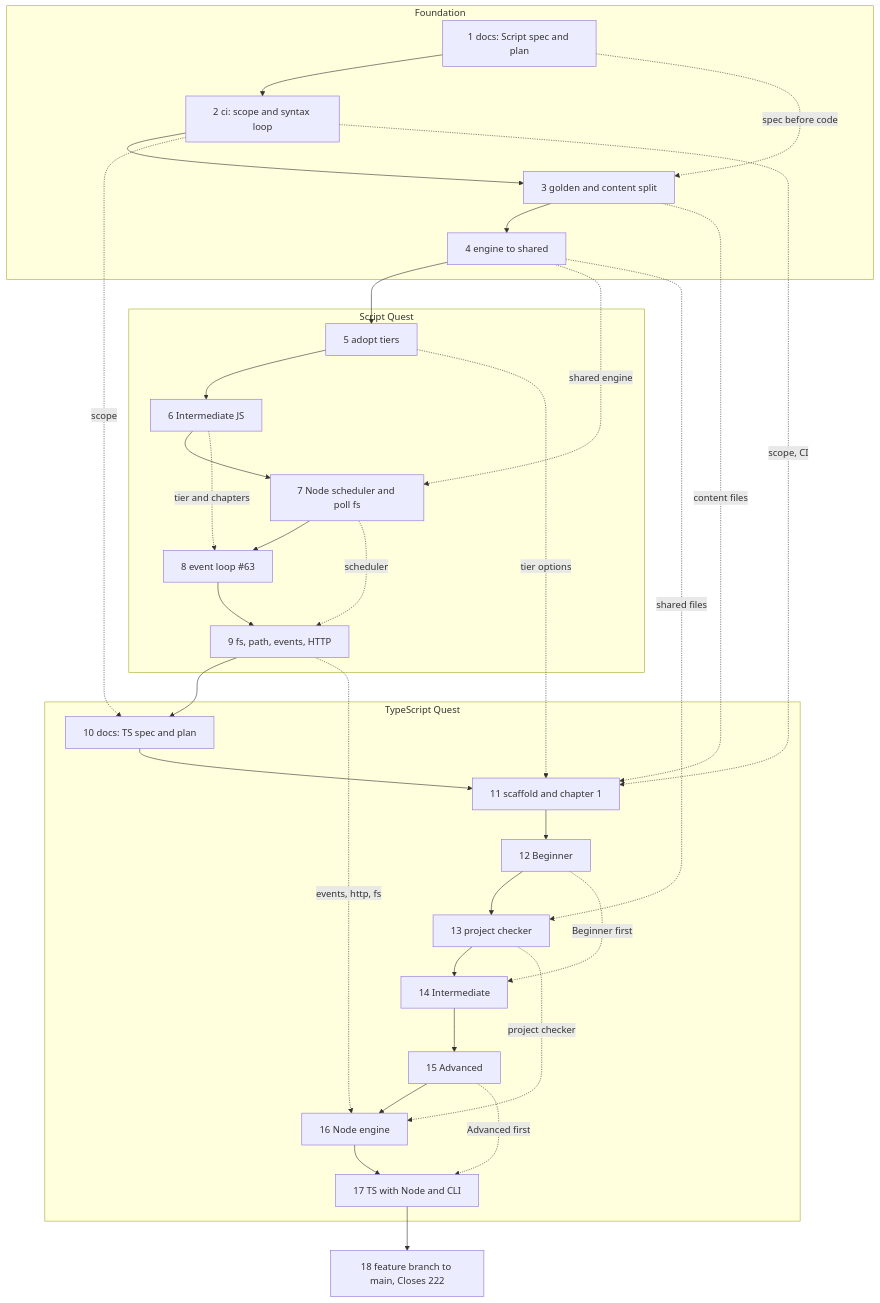
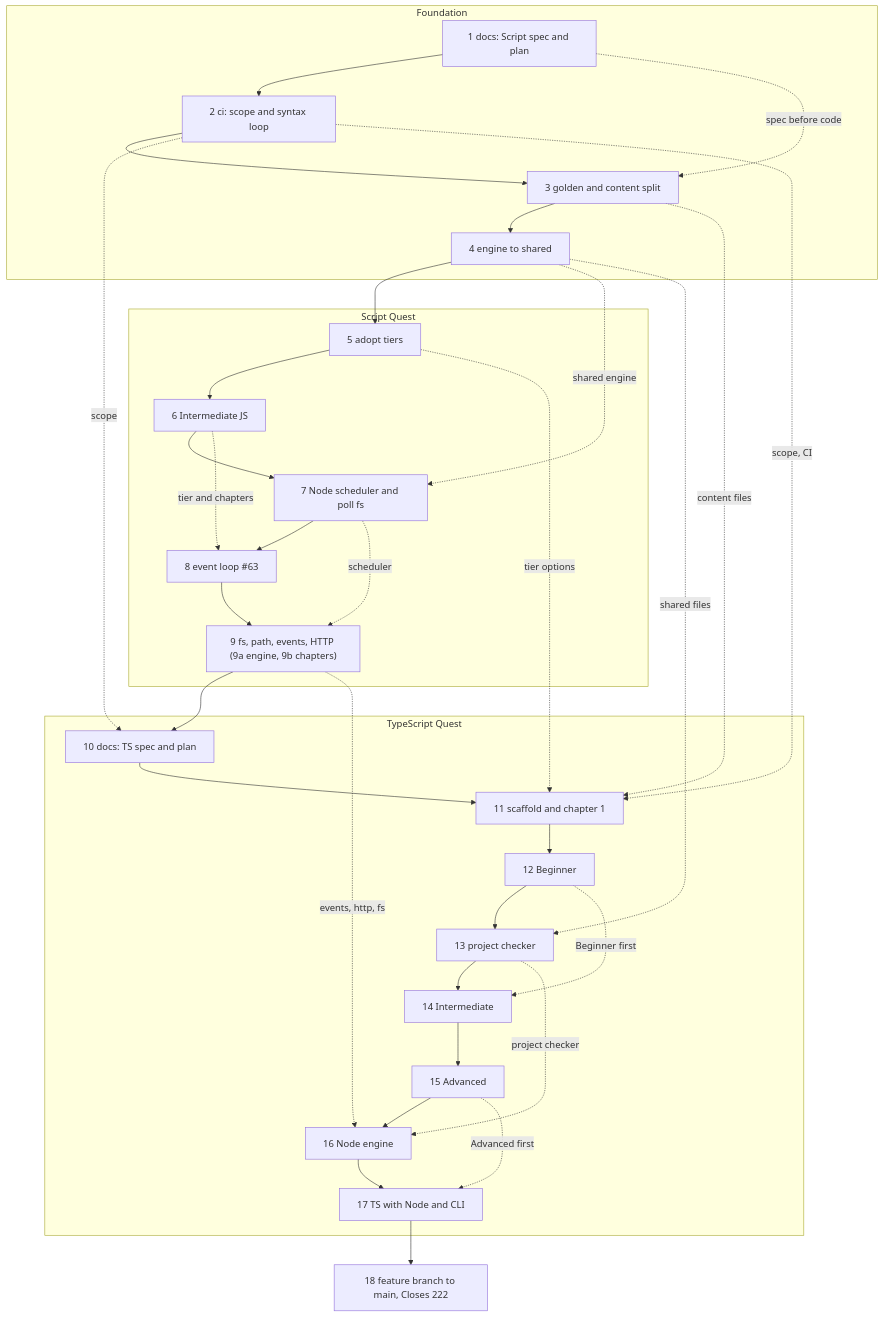
The diagram in docs/superpowers/plans/2026-11-16-script-quest-tiers.md (shimoncohen/playgrounds), drawn with Mermaid before and after one commit. The commit also changed other lines of this file and 21 other files, not shown here.

````diff
--- a/docs/superpowers/plans/2026-11-16-script-quest-tiers.md
+++ b/docs/superpowers/plans/2026-11-16-script-quest-tiers.md
@@ -73,28 +73,28 @@
 ```mermaid
 flowchart TD
   subgraph F["Foundation"]
     P1["1 docs: Script spec and plan"] --> P2["2 ci: scope and syntax loop"] --> P3["3 golden and content split"] --> P4["4 engine to shared"]
   end
   subgraph S["Script Quest"]
-    P5["5 adopt tiers"] --> P6["6 Intermediate JS"] --> P7["7 Node scheduler and poll fs"] --> P8["8 event loop #63"] --> P9["9 fs, path, events, HTTP"]
+    P5["5 adopt tiers"] --> P6["6 Intermediate JS"] --> P7["7 Node scheduler and poll fs"] --> P8["8 event loop #63"] --> P9["9 fs, path, events, HTTP (9a engine, 9b chapters)"]
   end
   subgraph T["TypeScript Quest"]
     P10["10 docs: TS spec and plan"] --> P11["11 scaffold and chapter 1"] --> P12["12 Beginner"] --> P13["13 project checker"] --> P14["14 Intermediate"] --> P15["15 Advanced"] --> P16["16 Node engine"] --> P17["17 TS with Node and CLI"]
   end
   P4 --> P5
   P9 --> P10
   P17 --> P18["18 feature branch to main, Closes 222"]
   P1 -.->|"spec before code"| P3
   P4 -.->|"shared engine"| P7
   P6 -.->|"tier and chapters"| P8
   P7 -.->|"scheduler"| P9
   P2 -.->|"scope"| P10
   P2 -.->|"scope, CI"| P11
   P3 -.->|"content files"| P11
   P5 -.->|"tier options"| P11
   P4 -.->|"shared files"| P13
   P12 -.->|"Beginner first"| P14
   P9 -.->|"events, http, fs"| P16
   P13 -.->|"project checker"| P16
   P15 -.->|"Advanced first"| P17
 ```
````
